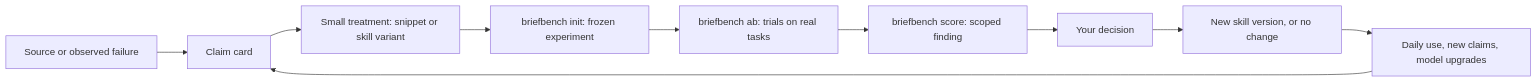
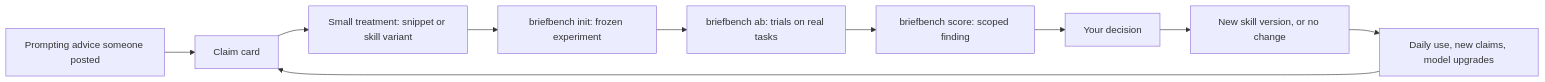
One commit to Freedom-Jack/briefbench changed the diagram in docs/design.md. Above: the diagram before and after it, drawn with Mermaid. The commit also changed other lines of this file and 31 other files, not shown here.

````diff
--- a/docs/design.md
+++ b/docs/design.md
@@ -110,12 +123,12 @@
 ```mermaid
 flowchart LR
-    S[Source or observed failure] --> C[Claim card]
+    S[Prompting advice someone posted] --> C[Claim card]
     C --> T[Small treatment: snippet or skill variant]
     T --> P[briefbench init: frozen experiment]
     P --> R[briefbench ab: trials on real tasks]
     R --> F[briefbench score: scoped finding]
     F --> D[Your decision]
     D --> V[New skill version, or no change]
     V --> U[Daily use, new claims, model upgrades]
     U --> C
 ```
````
